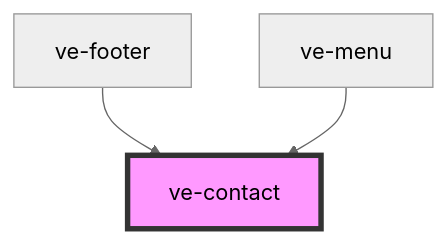
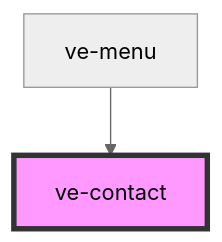
One commit to visual-essays/web-components changed the diagram in src/components/ve-contact/readme.md. Above: the diagram before and after it, drawn with Mermaid (neutral theme). The commit also changed other lines of this file and 11 other files, not shown here.

````diff
--- a/src/components/ve-contact/readme.md
+++ b/src/components/ve-contact/readme.md
@@ -24,6 +23,5 @@
 ```mermaid
 graph TD;
-  ve-footer --> ve-contact
   ve-menu --> ve-contact
   style ve-contact fill:#f9f,stroke:#333,stroke-width:4px
 ```
````
